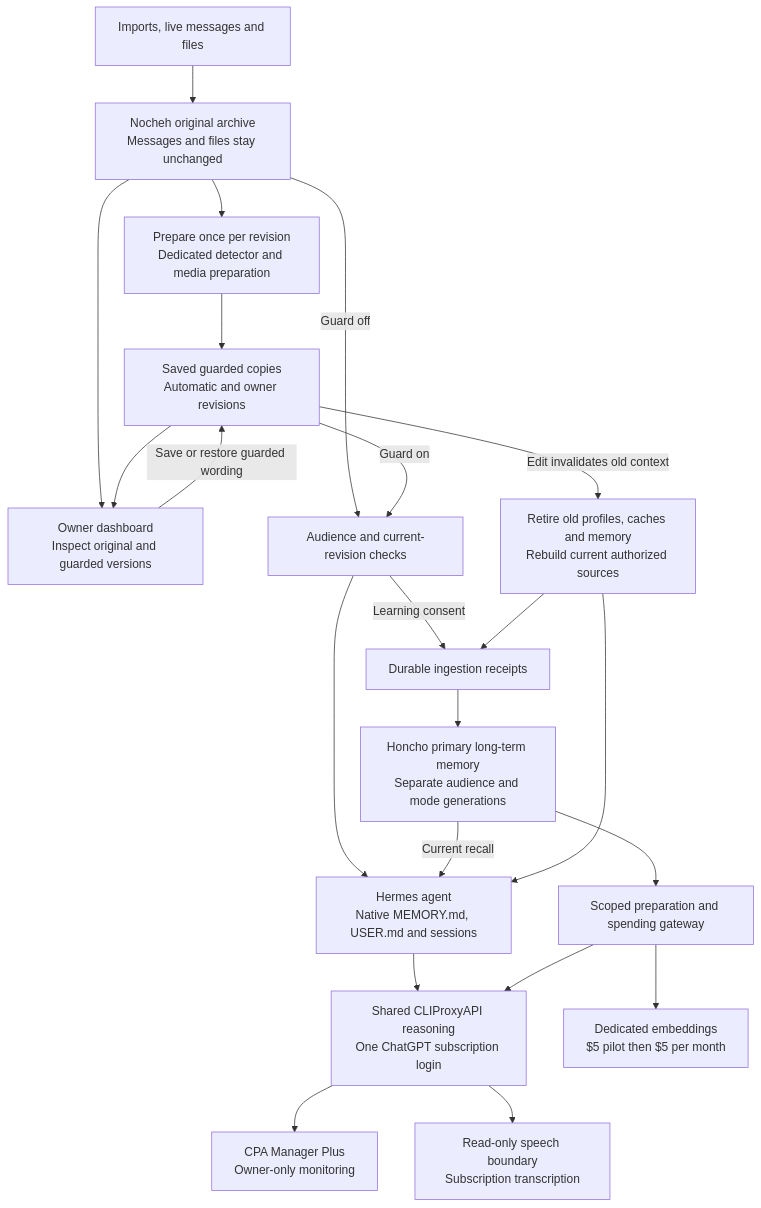
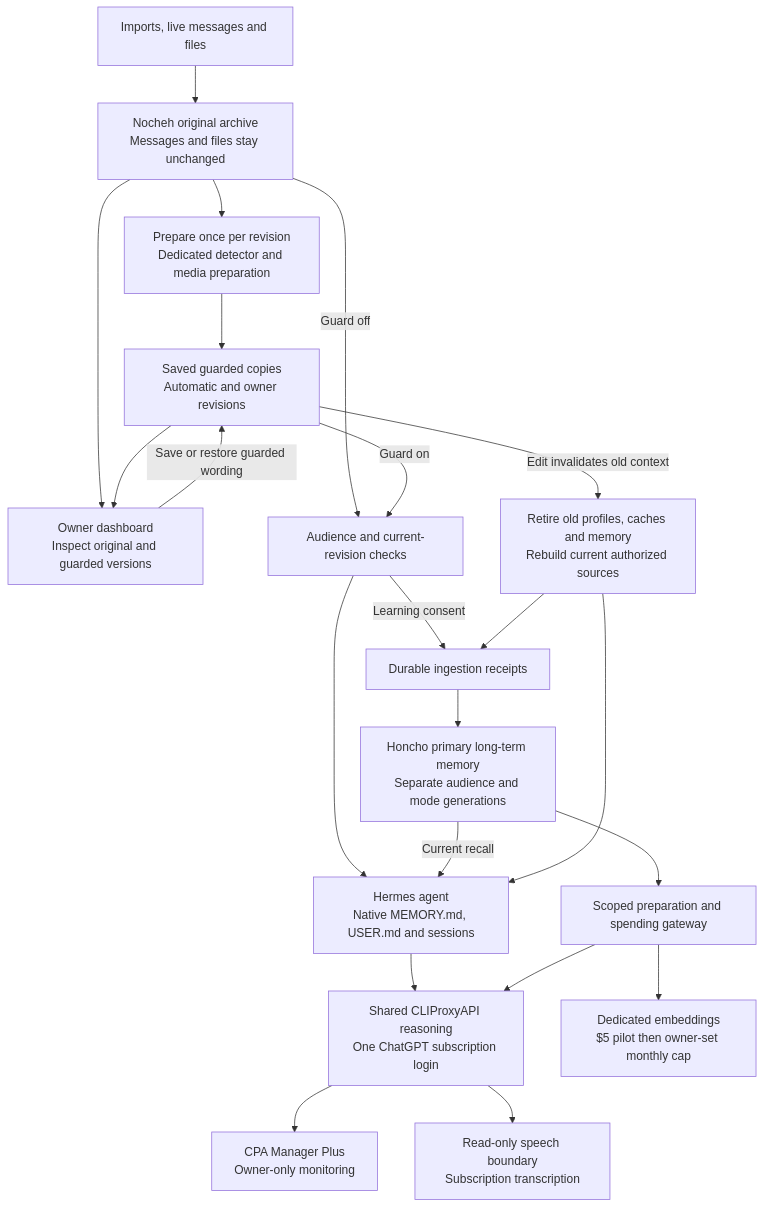
The diagram in docs/guarded-memory-system.md (devbymak/nocheh), drawn with Mermaid before and after one commit. The commit also changed other lines of this file and 17 other files, not shown here.

````diff
--- a/docs/guarded-memory-system.md
+++ b/docs/guarded-memory-system.md
@@ -8,24 +8,24 @@
 ```mermaid
 flowchart TD
     S[Imports, live messages and files] --> A["Nocheh original archive<br/>Messages and files stay unchanged"]
     A --> P["Prepare once per revision<br/>Dedicated detector and media preparation"]
     P --> G["Saved guarded copies<br/>Automatic and owner revisions"]
     A --> D["Owner dashboard<br/>Inspect original and guarded versions"]
     G --> D
     D -->|Save or restore guarded wording| G
     A -->|Guard off| V[Audience and current-revision checks]
     G -->|Guard on| V
     V --> H["Hermes agent<br/>Native MEMORY.md, USER.md and sessions"]
     V -->|Learning consent| J[Durable ingestion receipts]
     J --> N["Honcho primary long-term memory<br/>Separate audience and mode generations"]
     N -->|Current recall| H
     H --> C["Shared CLIProxyAPI reasoning<br/>One ChatGPT subscription login"]
     N --> B[Scoped preparation and spending gateway]
     B --> C
     C --> M["CPA Manager Plus<br/>Owner-only monitoring"]
     C --> T["Read-only speech boundary<br/>Subscription transcription"]
-    B --> E["Dedicated embeddings<br/>$5 pilot then $5 per month"]
+    B --> E["Dedicated embeddings<br/>$5 pilot then owner-set monthly cap"]
     G -->|Edit invalidates old context| I["Retire old profiles, caches and memory<br/>Rebuild current authorized sources"]
     I --> H
     I --> J
 ```
````
